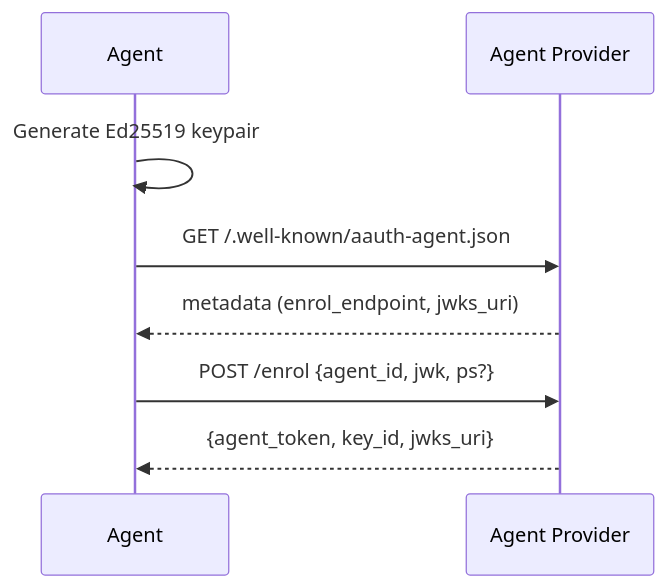
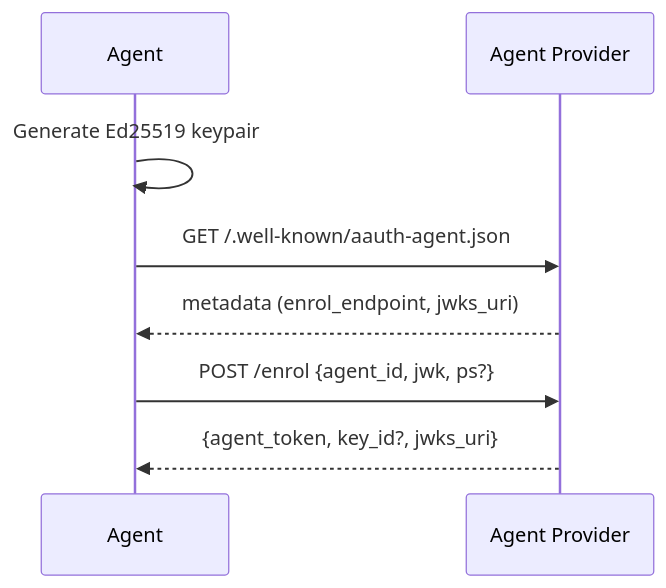
The first of 5 diagrams in docs/workflows/bootstrap-enrollment.md (aauth-dev/dotnet-samples), drawn with Mermaid before and after one commit. The commit also changed other lines of this file and 10 other files, not shown here.

Commit message:
Update docs to use LocalKeyHandle and clarify AP/agent key separation

````diff
--- a/docs/workflows/bootstrap-enrollment.md
+++ b/docs/workflows/bootstrap-enrollment.md
@@ -12,10 +12,10 @@
 ```mermaid
 sequenceDiagram
     participant Agent
     participant AP as Agent Provider
     Agent->>Agent: Generate Ed25519 keypair
     Agent->>AP: GET /.well-known/aauth-agent.json
     AP-->>Agent: metadata (enrol_endpoint, jwks_uri)
     Agent->>AP: POST /enrol {agent_id, jwk, ps?}
-    AP-->>Agent: {agent_token, key_id, jwks_uri}
+    AP-->>Agent: {agent_token, key_id?, jwks_uri}
 ```
````
